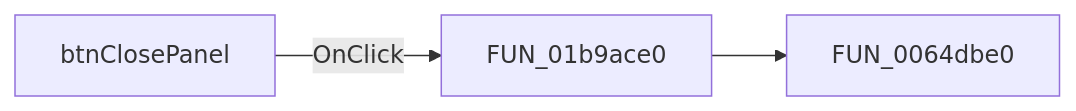
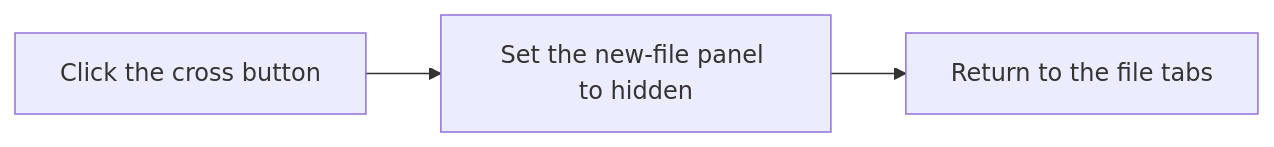
Before and after one commit to MovGP0/TIARA: the diagram in docs/ui-controls/frmeditcomprack/btnclosepanel-a954c8ec07.md, drawn with Mermaid. The commit also changed other lines of this file and 387 other files, not shown here.

````diff
--- a/docs/ui-controls/frmeditcomprack/btnclosepanel-a954c8ec07.md
+++ b/docs/ui-controls/frmeditcomprack/btnclosepanel-a954c8ec07.md
@@ -27,5 +27,5 @@
 ```mermaid
 flowchart LR
-    control["btnClosePanel"] -->|OnClick| handler["FUN_01b9ace0"]
-    handler --> call1["FUN_0064dbe0"]
+    control["Click the cross button"] --> handler["Set the new-file panel to hidden"]
+    handler --> done["Return to the file tabs"]
 ```
````
